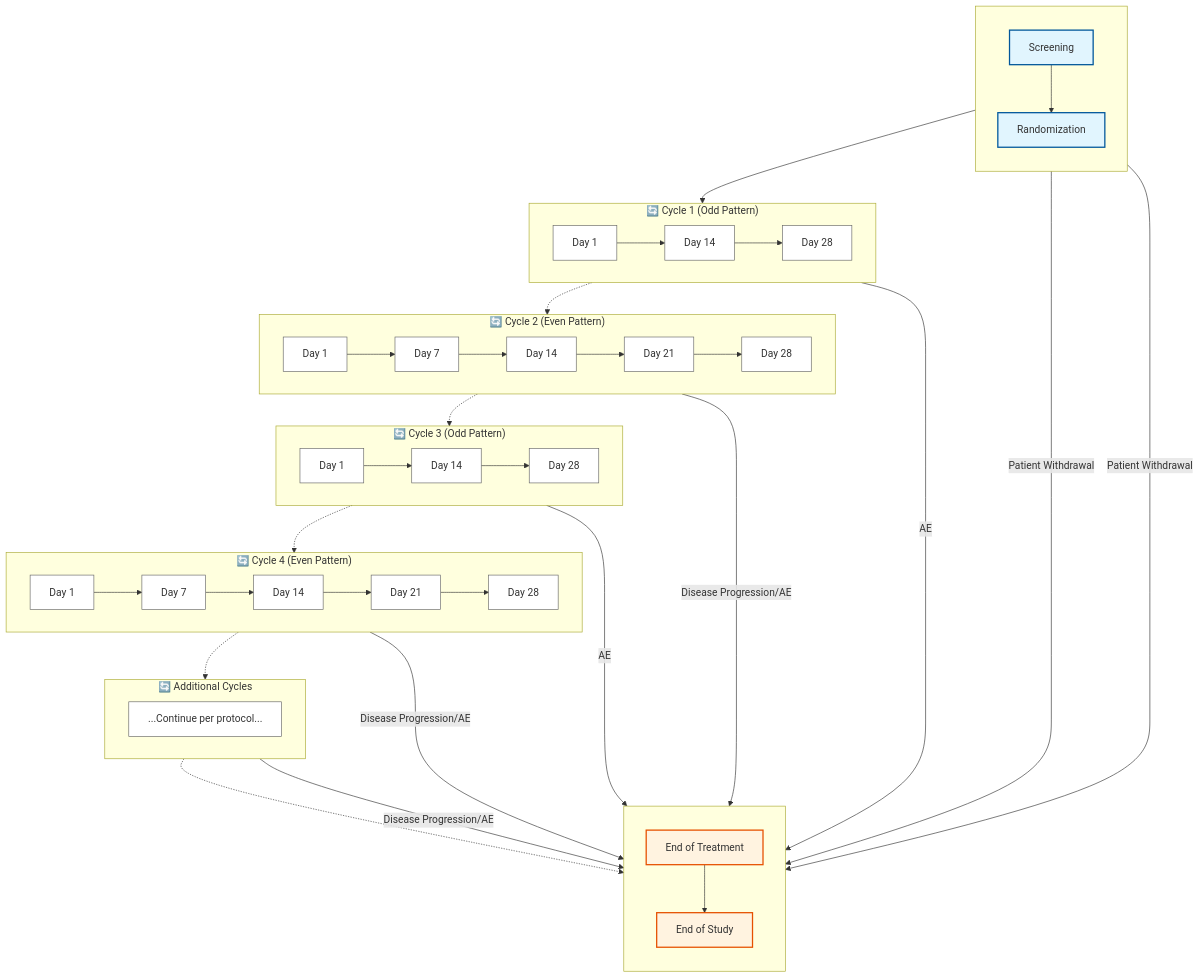
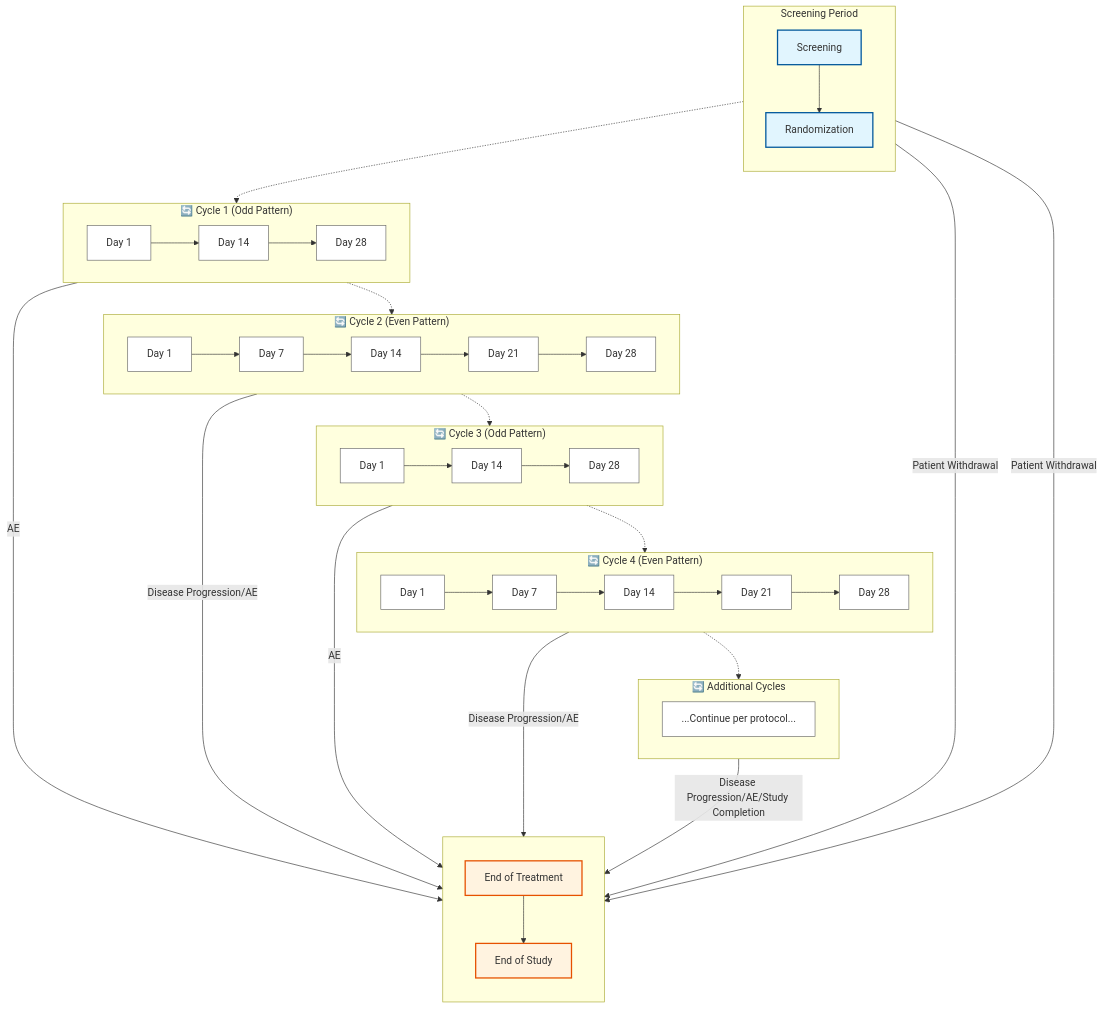
Before and after one commit to HL7/Vulcan-schedule-ig: the fourth of 4 diagrams in input/pagecontent/dynamic-visit-plans.md, drawn with Mermaid. The commit also changed other lines of this file, not shown here.

Commit message:
tidy graph

````diff
--- a/input/pagecontent/dynamic-visit-plans.md
+++ b/input/pagecontent/dynamic-visit-plans.md
@@ -757,7 +758,7 @@
 ```mermaid
 graph TD
     %% Pre-treatment Phase
-    subgraph PreTreatment[" "]
+    subgraph PreTreatment["Screening Period"]
         direction TB
         Screening[Screening] --> Randomization[Randomization]
     end
@@ -807,19 +808,18 @@
     end
 
     %% Transitions between phases and cycles
-    PreTreatment --> Cycle1
+    Randomization -.-> Cycle1 
     Cycle1 -.-> Cycle2
     Cycle2 -.-> Cycle3
     Cycle3 -.-> Cycle4
     Cycle4 -.-> CycleContinuation
-    CycleContinuation -.-> PostTreatment
-
+    
     %% Early termination paths from any cycle
     Cycle1 --AE--> PostTreatment
     Cycle2 --Disease Progression/AE--> PostTreatment
     Cycle3 --AE--> PostTreatment
     Cycle4 --Disease Progression/AE--> PostTreatment
-    CycleContinuation --Disease Progression/AE--> PostTreatment
+    CycleContinuation --Disease Progression/AE/Study Completion--> PostTreatment
 
     %% Early termination from pre-treatment
     Screening --Patient Withdrawal--> PostTreatment
````
